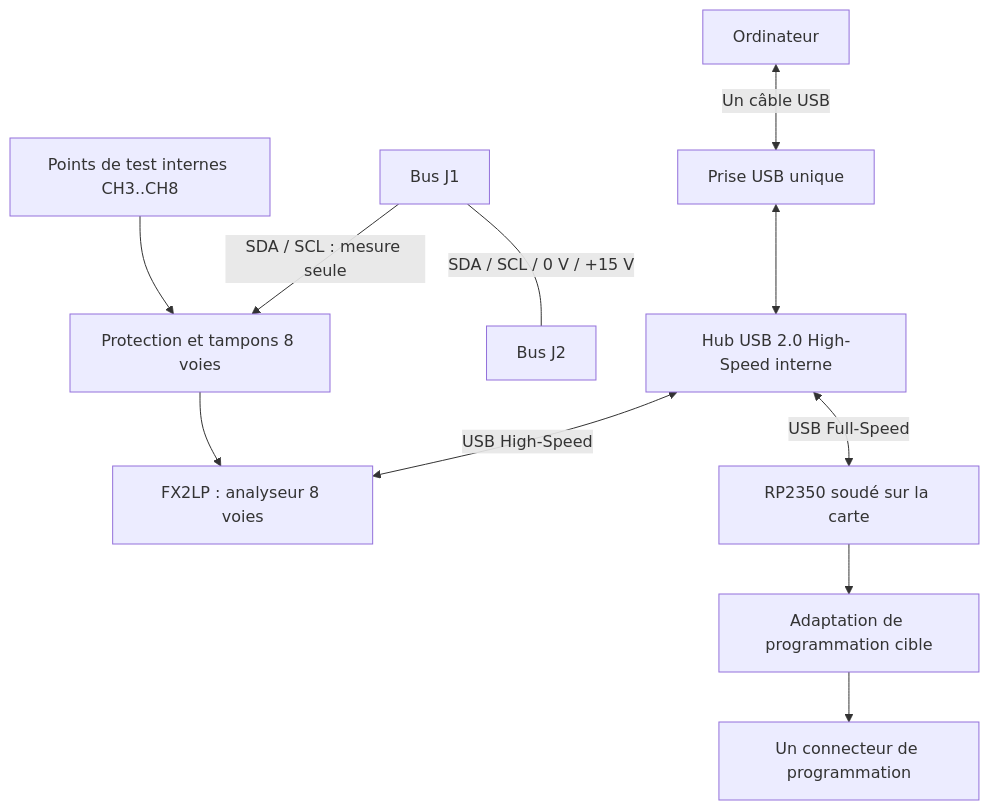
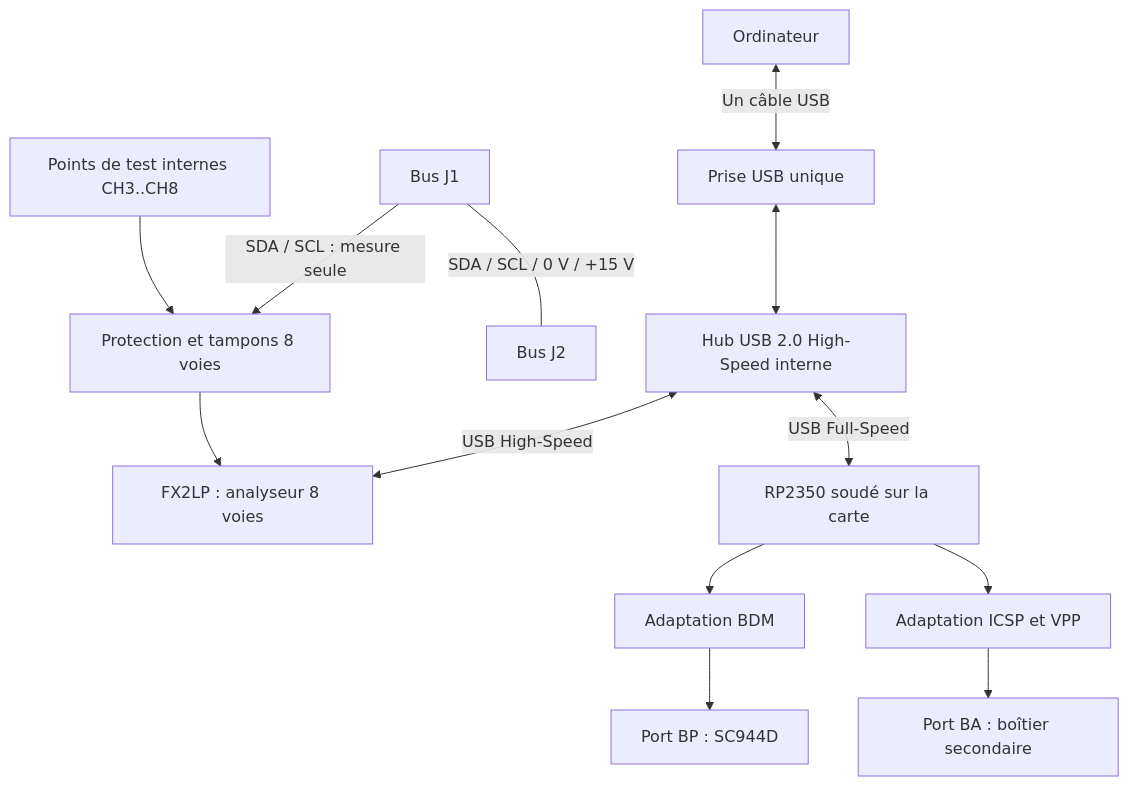
One commit to essensys-hub/essensys-i2c-ba-sniffer changed the diagram in hardware/pico2/ADR-001-carte-integree.md. Above: the diagram before and after it, drawn with Mermaid. The commit also changed other lines of this file and 7 other files, not shown here.

````diff
--- a/hardware/pico2/ADR-001-carte-integree.md
+++ b/hardware/pico2/ADR-001-carte-integree.md
@@ -26,13 +27,15 @@
 ```mermaid
 flowchart TB
     PC[Ordinateur] <-->|Un câble USB| USB[Prise USB unique]
     USB <--> HUB[Hub USB 2.0 High-Speed interne]
     HUB <-->|USB High-Speed| FX[FX2LP : analyseur 8 voies]
     HUB <-->|USB Full-Speed| RP[RP2350 soudé sur la carte]
     J1[Bus J1] ---|SDA / SCL / 0 V / +15 V| J2[Bus J2]
     J1 -->|SDA / SCL : mesure seule| PROT[Protection et tampons 8 voies]
     TP[Points de test internes CH3..CH8] --> PROT
     PROT --> FX
-    RP --> PROG[Adaptation de programmation cible]
-    PROG --> CONN[Un connecteur de programmation]
+    RP --> BDM[Adaptation BDM]
+    BDM --> BP[Port BP : SC944D]
+    RP --> ICSP[Adaptation ICSP et VPP]
+    ICSP --> BA[Port BA : boîtier secondaire]
 ```
````
